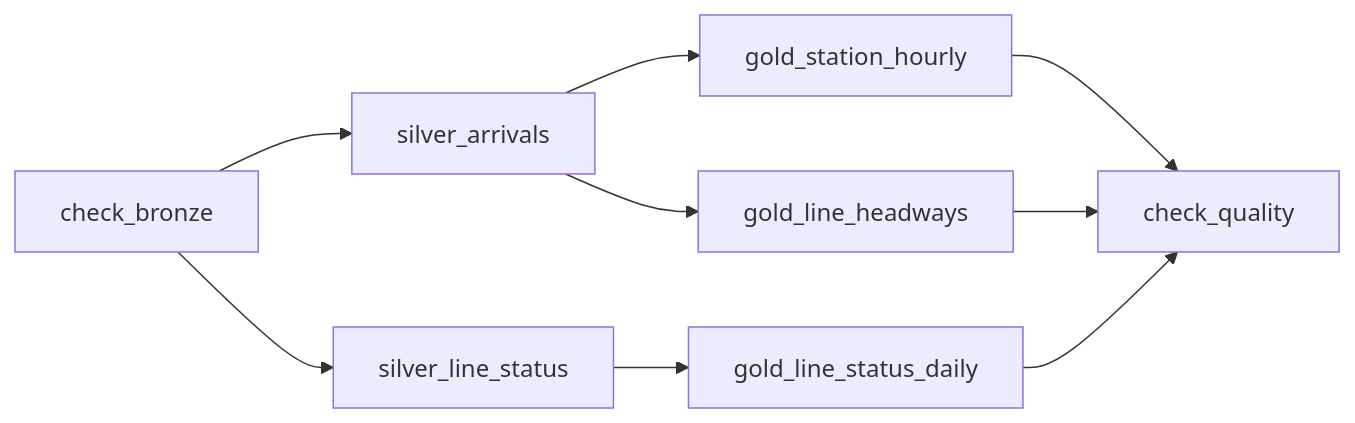
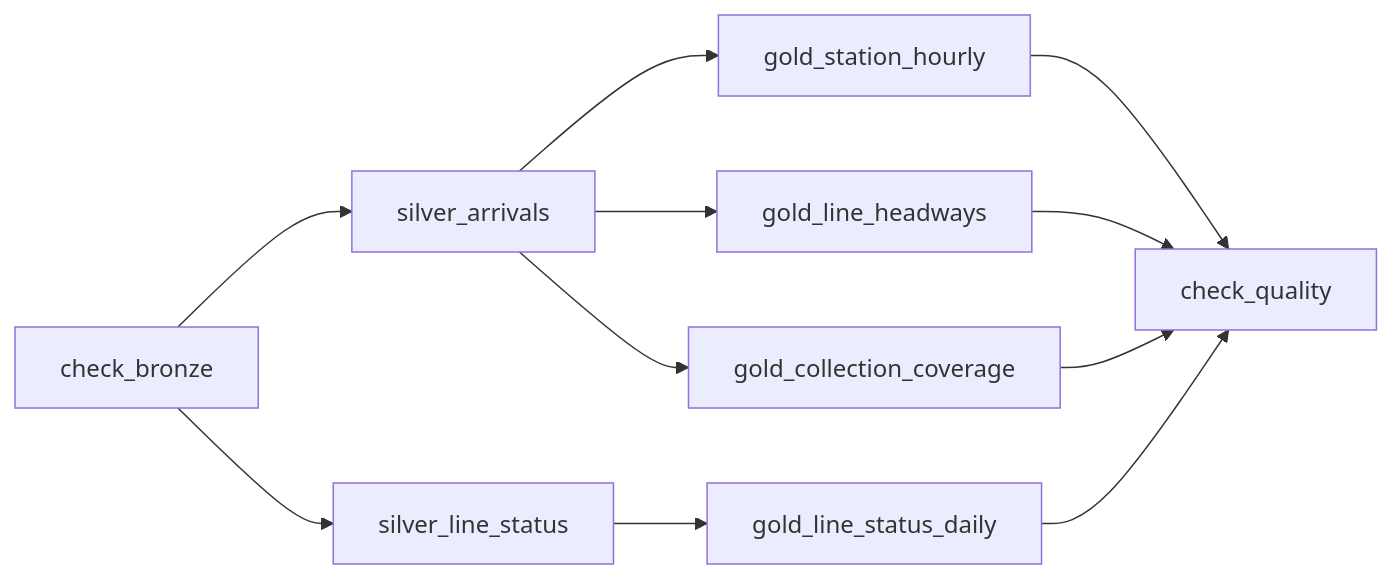
One commit to Muhammad234871/tfl-streaming-pipeline changed the second of 2 diagrams in README.md. Above: the diagram before and after it, drawn with Mermaid. The commit also changed other lines of this file, not shown here.

````diff
--- a/README.md
+++ b/README.md
@@ -152,11 +244,13 @@
 ```mermaid
 flowchart LR
     B[check_bronze] --> SA[silver_arrivals]
     B --> SL[silver_line_status]
     SA --> GS[gold_station_hourly]
     SA --> GH[gold_line_headways]
+    SA --> GC[gold_collection_coverage]
     SL --> GL[gold_line_status_daily]
     GS --> Q[check_quality]
     GH --> Q
+    GC --> Q
     GL --> Q
 ```
````
